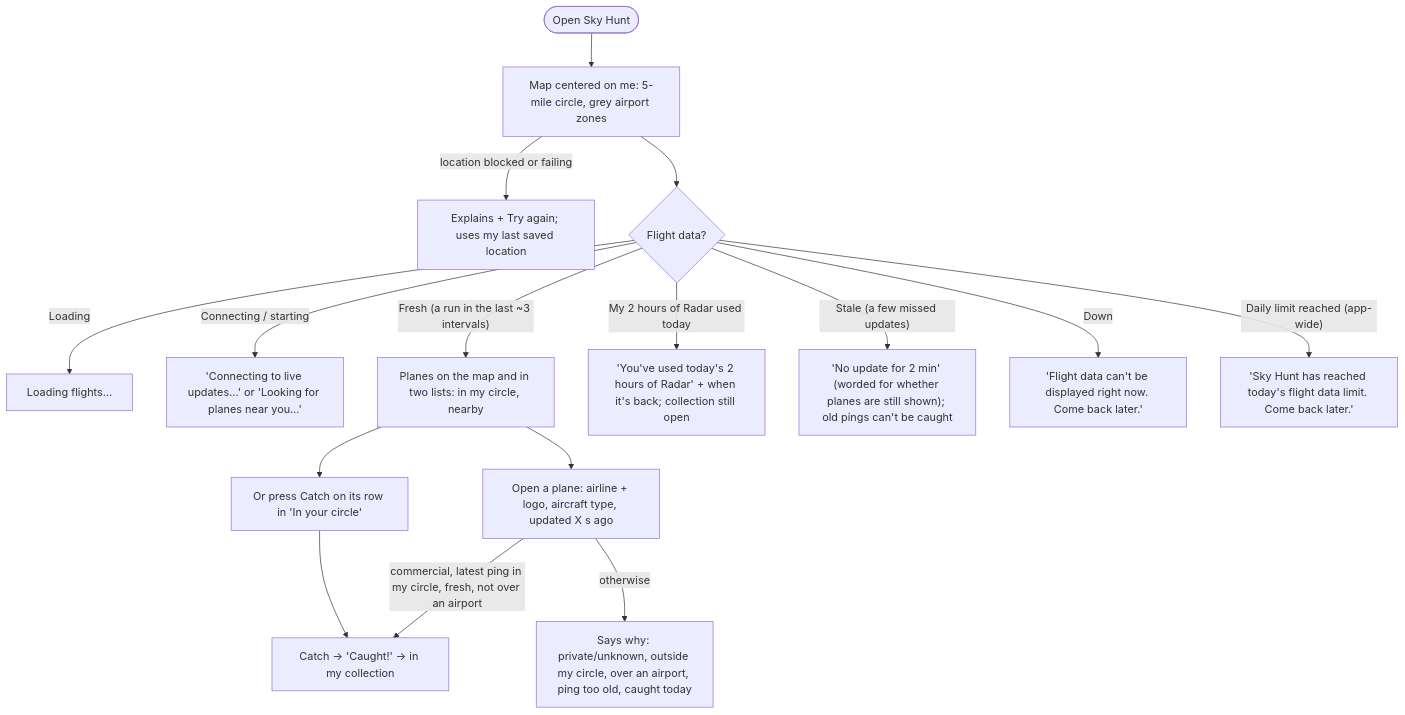
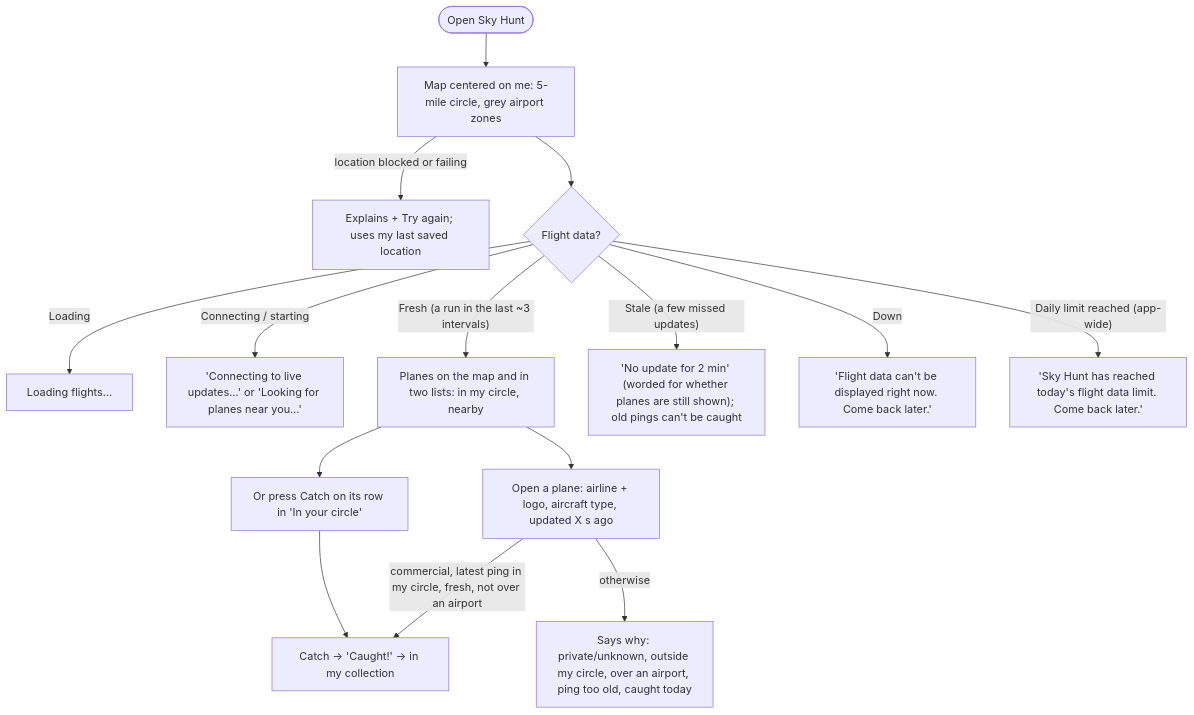
The second of 2 diagrams in flows.md (neilpandya01/hw5-dbs), drawn with Mermaid before and after one commit. The commit also changed other lines of this file and 15 other files, not shown here.

````diff
--- a/flows.md
+++ b/flows.md
@@ -39,18 +39,17 @@
 ```mermaid
 flowchart TD
   A([Open Sky Hunt]) --> R["Map centered on me: 5-mile circle, grey airport zones"]
   R -->|location blocked or failing| P["Explains + Try again; uses my last saved location"]
   R --> F{Flight data?}
   F -- "Loading" --> L["Loading flights…"]
   F -- "Connecting / starting" --> K["'Connecting to live updates…' or 'Looking for planes near you…'"]
   F -- "Fresh (a run in the last ~3 intervals)" --> M["Planes on the map and in two lists: in my circle, nearby"]
-  F -- "My 2 hours of Radar used today" --> T["'You've used today's 2 hours of Radar' + when it's back; collection still open"]
   F -- "Stale (a few missed updates)" --> S["'No update for 2 min' (worded for whether planes are still shown); old pings can't be caught"]
   F -- "Down" --> D["'Flight data can't be displayed right now. Come back later.'"]
   F -- "Daily limit reached (app-wide)" --> X["'Sky Hunt has reached today's flight data limit. Come back later.'"]
   M --> O["Open a plane: airline + logo, aircraft type, updated X s ago"]
   M --> Q["Or press Catch on its row in 'In your circle'"]
   Q --> C
   O -->|commercial, latest ping in my circle, fresh, not over an airport| C["Catch → 'Caught!' → in my collection"]
   O -->|otherwise| W["Says why: private/unknown, outside my circle, over an airport, ping too old, caught today"]
 ```
````
